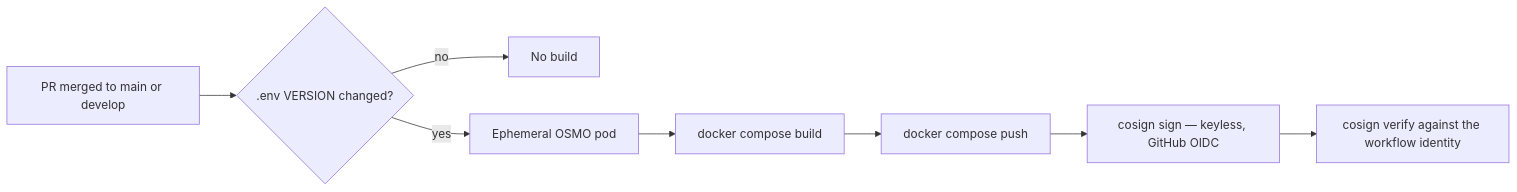
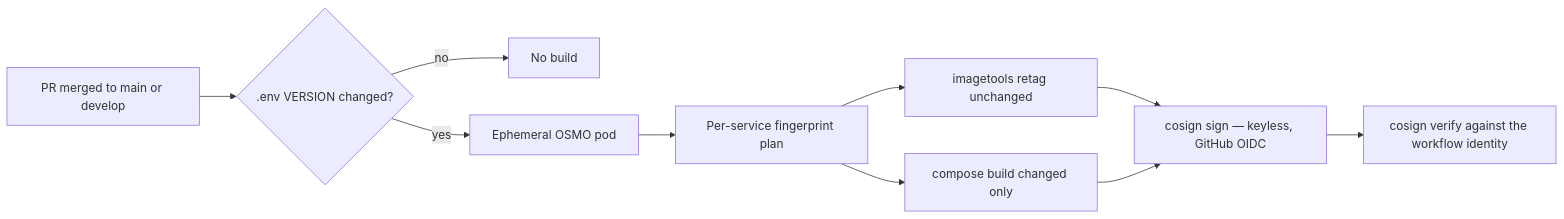
Before and after one commit to castacks/AirStack: the eighth of 8 diagrams in docs/development/intermediate/testing/ci_cd.md, drawn with Mermaid. The commit also changed other lines of this file and 5 other files, not shown here.

First line of the commit message:
ci(docker-build): retag unchanged images on VERSION bump

````diff
--- a/docs/development/intermediate/testing/ci_cd.md
+++ b/docs/development/intermediate/testing/ci_cd.md
@@ -433,10 +461,12 @@
 ```mermaid
 flowchart LR
   pr["PR merged to main or develop"] --> chk{".env VERSION changed?"}
   chk -- no --> stop["No build"]
   chk -- yes --> pod["Ephemeral OSMO pod"]
-  pod --> build["docker compose build"]
-  build --> push["docker compose push"]
-  push --> sign["cosign sign — keyless, GitHub OIDC"]
+  pod --> plan["Per-service fingerprint plan"]
+  plan --> retag["imagetools retag unchanged"]
+  plan --> build["compose build changed only"]
+  retag --> sign["cosign sign — keyless, GitHub OIDC"]
+  build --> sign
   sign --> verify["cosign verify against the workflow identity"]
 ```
````
